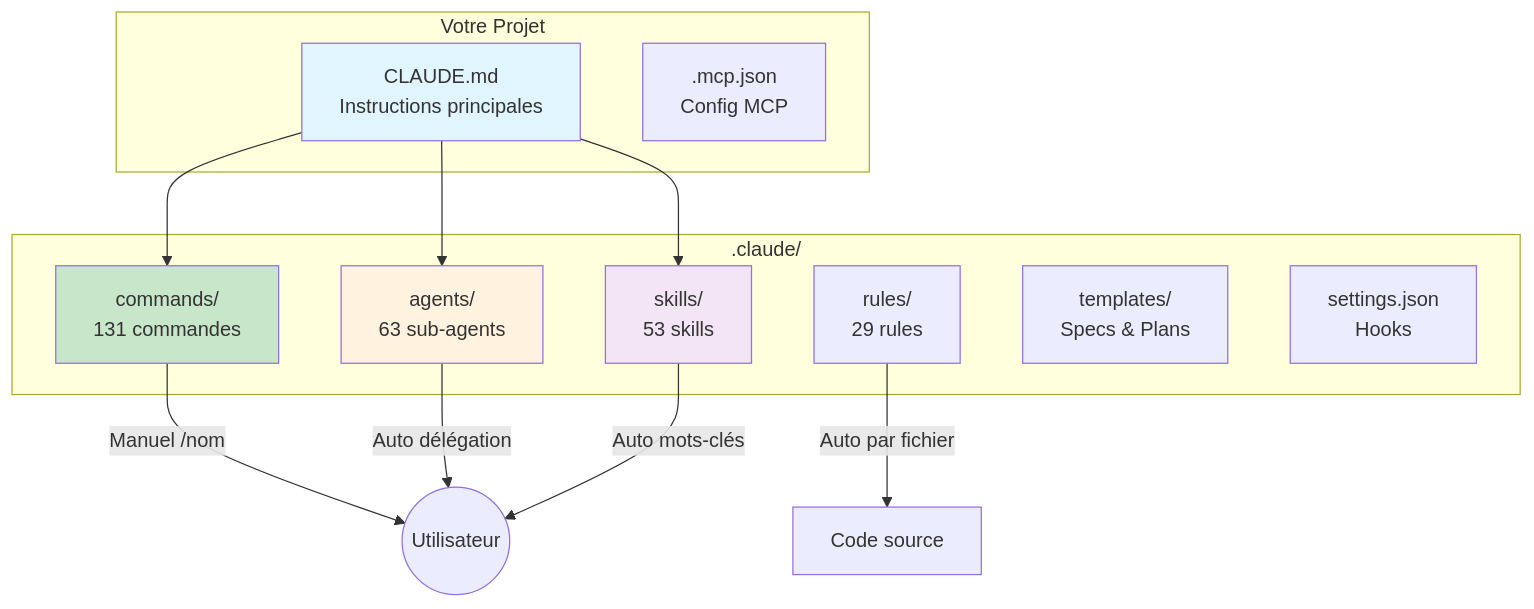
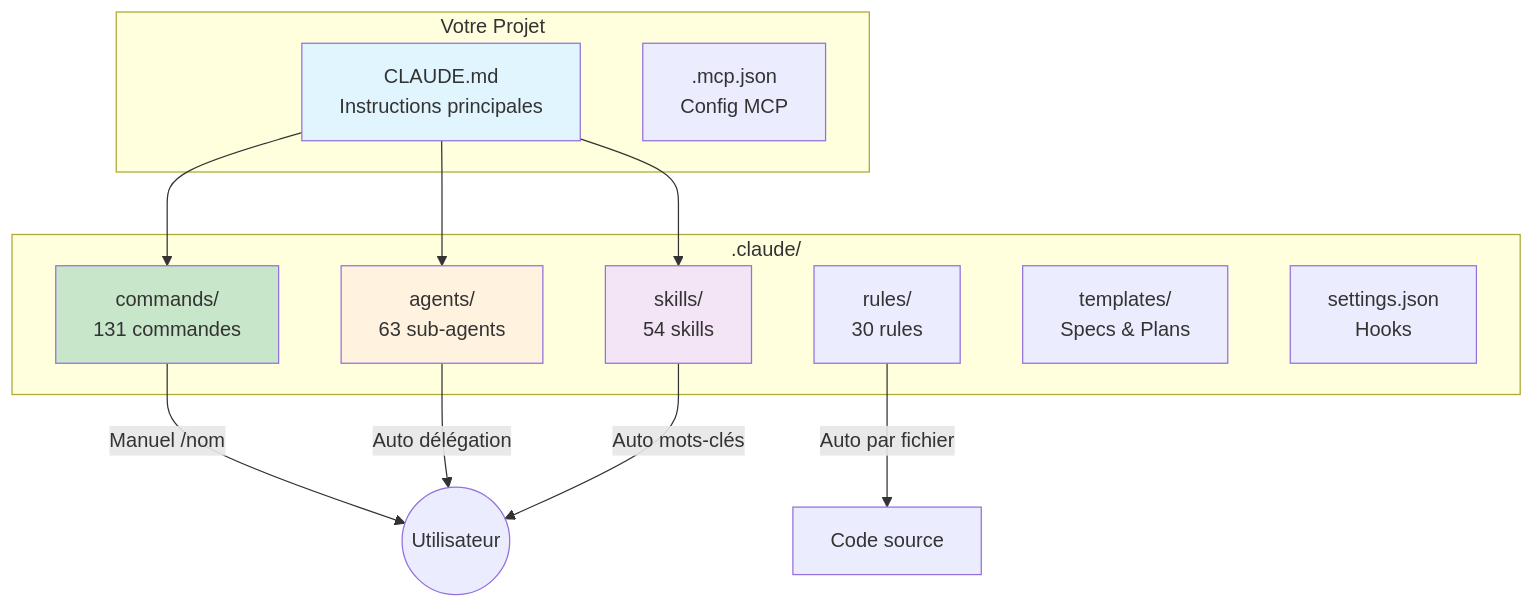
One commit to christopherlouet/claude-base changed the first of 2 diagrams in website/docs/intro/architecture.md. Above: the diagram before and after it, drawn with Mermaid. The commit also changed other lines of this file and 19 other files, not shown here.

````diff
--- a/website/docs/intro/architecture.md
+++ b/website/docs/intro/architecture.md
@@ -15,30 +15,30 @@
 ```mermaid
 graph TB
     subgraph "Votre Projet"
         CLAUDE[CLAUDE.md<br/>Instructions principales]
         MCP[.mcp.json<br/>Config MCP]
     end
 
     subgraph ".claude/"
         CMDS[commands/<br/>131 commandes]
         AGENTS[agents/<br/>63 sub-agents]
-        SKILLS[skills/<br/>53 skills]
-        RULES[rules/<br/>29 rules]
+        SKILLS[skills/<br/>54 skills]
+        RULES[rules/<br/>30 rules]
         TPL[templates/<br/>Specs & Plans]
         SETTINGS[settings.json<br/>Hooks]
     end
 
     CLAUDE --> CMDS
     CLAUDE --> AGENTS
     CLAUDE --> SKILLS
 
     CMDS --> |"Manuel /nom"| USER((Utilisateur))
     AGENTS --> |"Auto délégation"| USER
     SKILLS --> |"Auto mots-clés"| USER
     RULES --> |"Auto par fichier"| CODE[Code source]
 
     style CLAUDE fill:#e1f5fe
     style CMDS fill:#c8e6c9
     style AGENTS fill:#fff3e0
     style SKILLS fill:#f3e5f5
 ```
````
